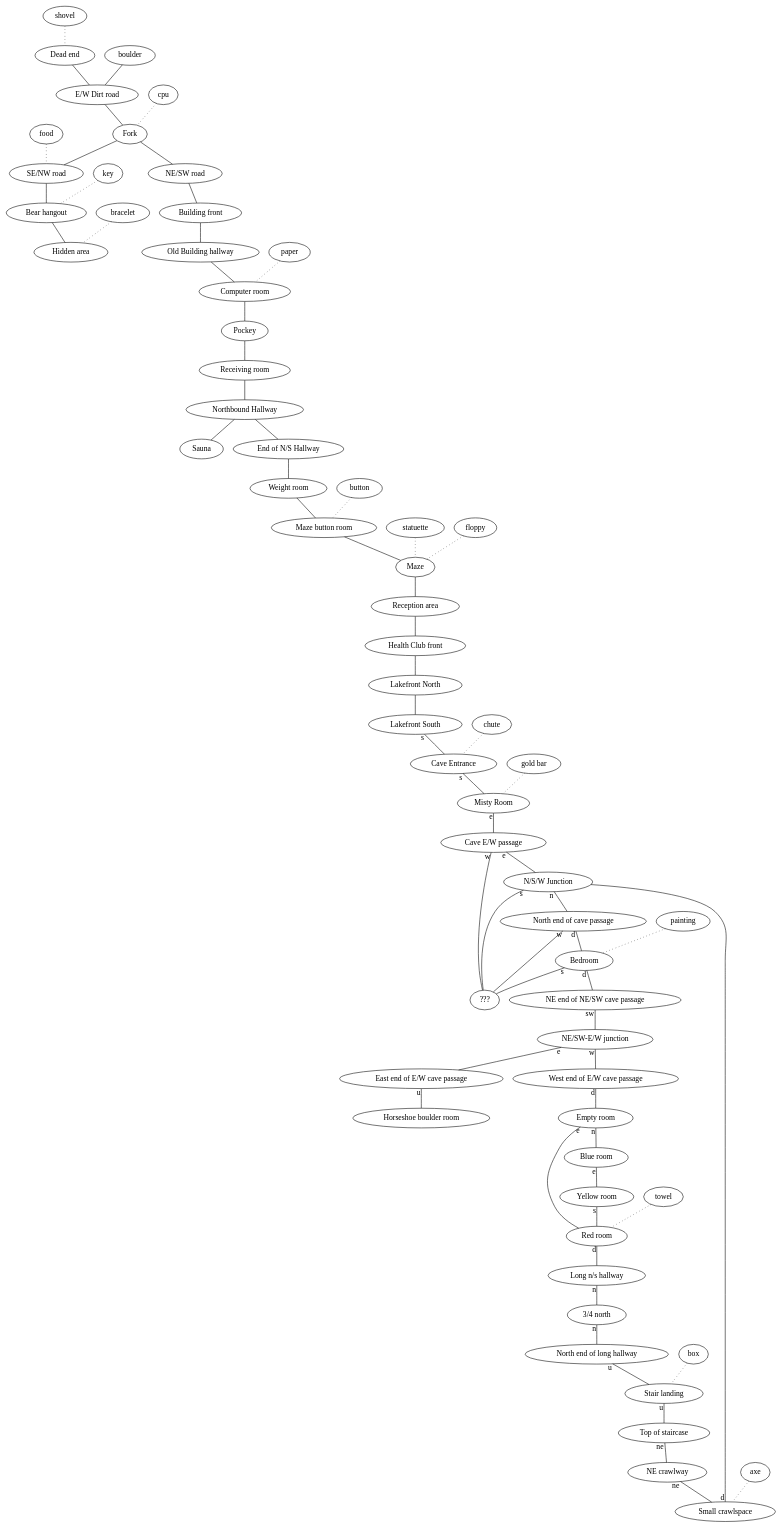
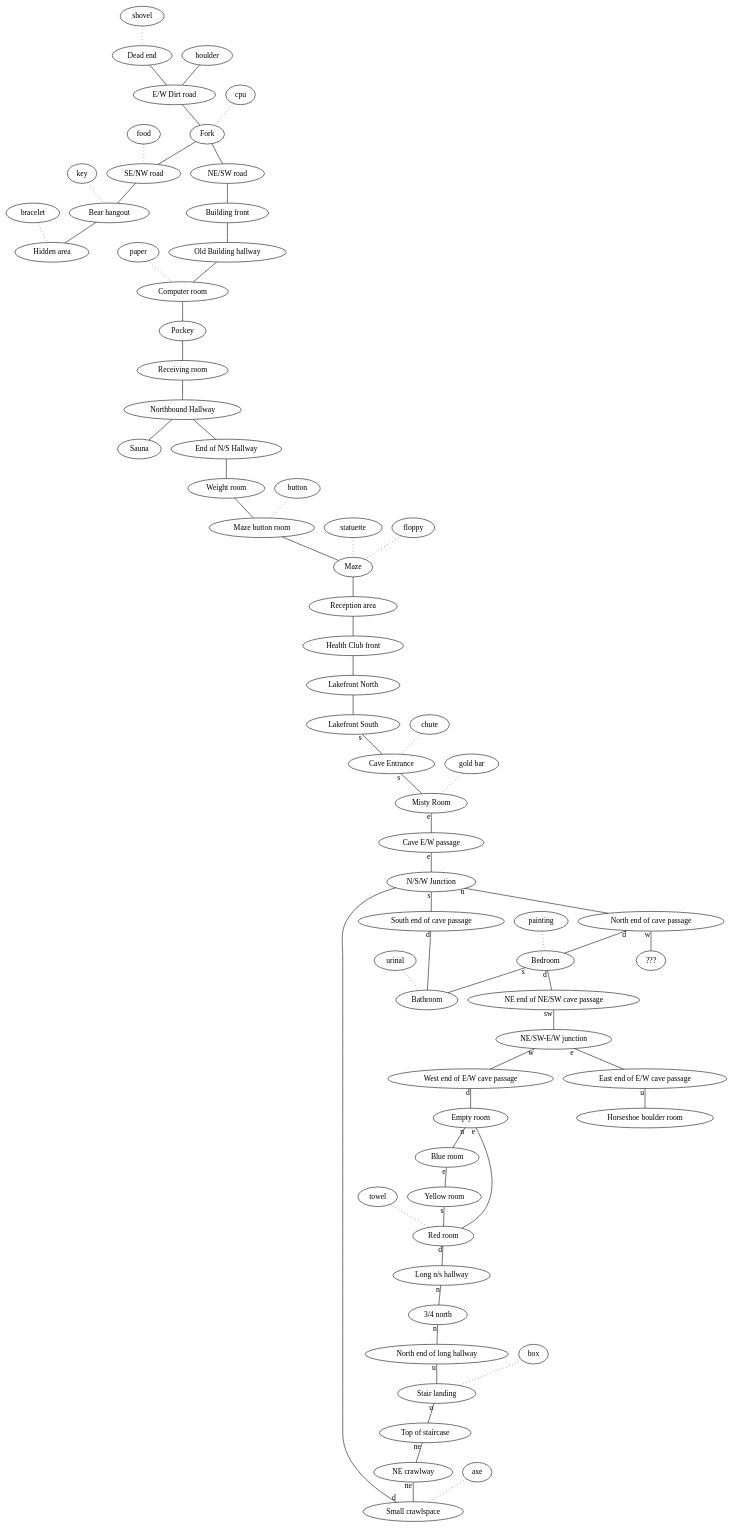
One commit to alvarogonzalezsotillo/.emacs.d changed the diagram in dunnet.org. Above: the diagram before and after it, drawn with Graphviz. The commit also changed other lines of this file and 1 other file, not shown here.

```diff
--- a/dunnet.org
+++ b/dunnet.org
@@ -2,80 +2,81 @@
 #+BEGIN_SRC dot :file ./dunnet.svg :exports results :cmd dot :cmdline -Tsvg
 digraph{
 
   edge[arrowhead="none"]
 
   "shovel" -> "Dead end" [style="dotted"]
   "Dead end" -> "E/W Dirt road"
   "boulder" -> "E/W Dirt road"
   "E/W Dirt road" -> "Fork"
   "cpu" -> "Fork" [style="dotted"]
   "Fork" -> "SE/NW road"
   "food" -> "SE/NW road" [style="dotted"]
   "SE/NW road" -> "Bear hangout"
   "key" -> "Bear hangout" [style="dotted"]
   "Bear hangout" -> "Hidden area"
   "bracelet" -> "Hidden area" [style="dotted"]
   "Fork" -> "NE/SW road"
   "NE/SW road" -> "Building front"
   "Building front" -> "Old Building hallway"
   "Old Building hallway" -> "Computer room"
   "paper" -> "Computer room" [style="dotted"]
   "Computer room" -> "Pockey"
   "Pockey" -> "Receiving room"
   "Receiving room" -> "Northbound Hallway"
   "Northbound Hallway" -> "Sauna"
   "Northbound Hallway" -> "End of N/S Hallway"
   "End of N/S Hallway" -> "Weight room"
   "Weight room" -> "Maze button room"
   "button" -> "Maze button room" [style="dotted"]
   "Maze button room" -> "Maze"
   "statuette" -> "Maze" [style="dotted"]
   "floppy" -> "Maze" [style="dotted"]
   "Maze" -> "Reception area"
   "Reception area" -> "Health Club front"
   "Health Club front" -> "Lakefront North"
   "Lakefront North" -> "Lakefront South"
   "Lakefront South" -> "Cave Entrance" [taillabel="s"]
   "chute" -> "Cave Entrance" [style="dotted"]
   "Cave Entrance" -> "Misty Room" [taillabel="s"]
   "gold bar" -> "Misty Room" [style="dotted"] 
   "Misty Room" -> "Cave E/W passage" [taillabel="e"]
   "Cave E/W passage" -> "N/S/W Junction" [taillabel="e"]
-  "Cave E/W passage" -> "???" [taillabel="w"]
   "N/S/W Junction" -> "North end of cave passage" [taillabel="n"]
-  "N/S/W Junction" -> "???" [taillabel="s"]
+  "N/S/W Junction" -> "South end of cave passage" [taillabel="s"]
+  "South end of cave passage" -> "Bathroom" [taillabel="d"]
   "North end of cave passage" -> "Bedroom" [taillabel="d"]
   "North end of cave passage" -> "???" [taillabel="w"]
   "painting" -> "Bedroom" [style="dotted"]
   "Bedroom" -> "NE end of NE/SW cave passage" [taillabel="d"]
-  "Bedroom" -> "???" [taillabel="s"]
+  "Bedroom" -> "Bathroom" [taillabel="s"]
+  "urinal" -> "Bathroom" [style="dotted"]
   "NE end of NE/SW cave passage" -> "NE/SW-E/W junction" [taillabel="sw"]
   "NE/SW-E/W junction" -> "East end of E/W cave passage" [taillabel="e"]
   "East end of E/W cave passage" -> "Horseshoe boulder room" [taillabel="u"]
   "NE/SW-E/W junction" -> "West end of E/W cave passage" [taillabel="w"]
   "West end of E/W cave passage" -> "Empty room" [taillabel="d"]
   "Empty room" -> "Blue room" [taillabel="n"]
   "Empty room" -> "Red room" [taillabel="e"]
   "Blue room" -> "Yellow room" [taillabel="e"]
   "Yellow room" -> "Red room" [taillabel="s"]
   "towel" -> "Red room" [style="dotted"]
   "Red room" -> "Long n/s hallway" [taillabel="d"]
   "Long n/s hallway" -> "3/4 north" [taillabel="n"]
   "3/4 north" -> "North end of long hallway" [taillabel="n"]
   "North end of long hallway" -> "Stair landing" [taillabel="u"]
   "box" -> "Stair landing" [style="dotted"]
   "Stair landing" -> "Top of staircase" [taillabel="u"]
   "Top of staircase" -> "NE crawlway" [taillabel="ne"]
   "NE crawlway" -> "Small crawlspace" [taillabel="ne"]
   "axe" -> "Small crawlspace" [style="dotted"]
   "Small crawlspace" -> "N/S/W Junction" [taillabel="d"]
 
 
   
 
 
 
   
 }
 
 #+END_SRC
```
